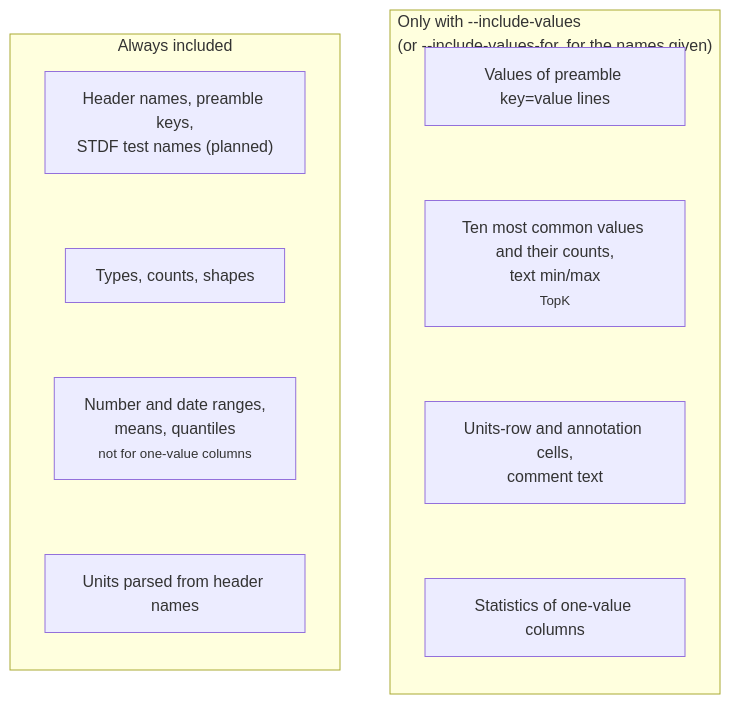
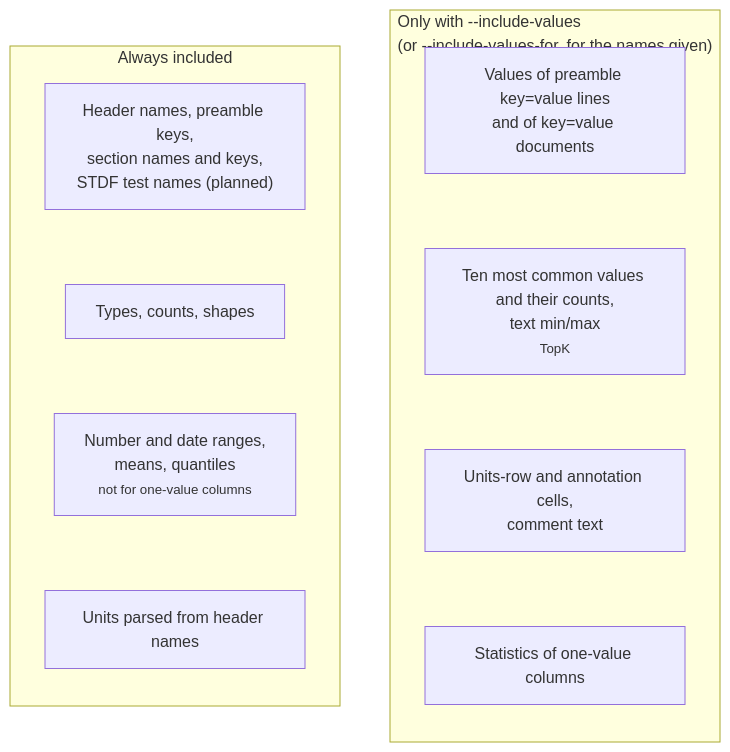
One commit to squalor-xyz/squalify changed diagram 20 of 33 in docs/how-it-works.md. Above: the diagram before and after it, drawn with Mermaid. The commit also changed other lines of this file and 80 other files, not shown here.

Commit message:
sq-09: Touchstone and key=value/INI profilers; schema 1.1

````diff
--- a/docs/how-it-works.md
+++ b/docs/how-it-works.md
@@ -306,20 +324,20 @@
 ```mermaid
 flowchart LR
     subgraph always["Always included"]
         direction TB
-        A1["Header names, preamble keys,<br/>STDF test names (planned)"]
+        A1["Header names, preamble keys,<br/>section names and keys,<br/>STDF test names (planned)"]
         A2["Types, counts, shapes"]
         A3["Number and date ranges,<br/>means, quantiles<br/><small>not for one-value columns</small>"]
         A4["Units parsed from header names"]
         A1 ~~~ A2 ~~~ A3 ~~~ A4
     end
     subgraph optin["Only with --include-values<br/>(or --include-values-for, for the names given)"]
         direction TB
-        O1["Values of preamble key=value lines"]
+        O1["Values of preamble key=value lines<br/>and of key=value documents"]
         O2["Ten most common values and their counts,<br/>text min/max<br/><small>TopK</small>"]
         O3["Units-row and annotation cells,<br/>comment text"]
         O4["Statistics of one-value columns"]
         O1 ~~~ O2 ~~~ O3 ~~~ O4
     end
     always ~~~ optin
 ```
````
